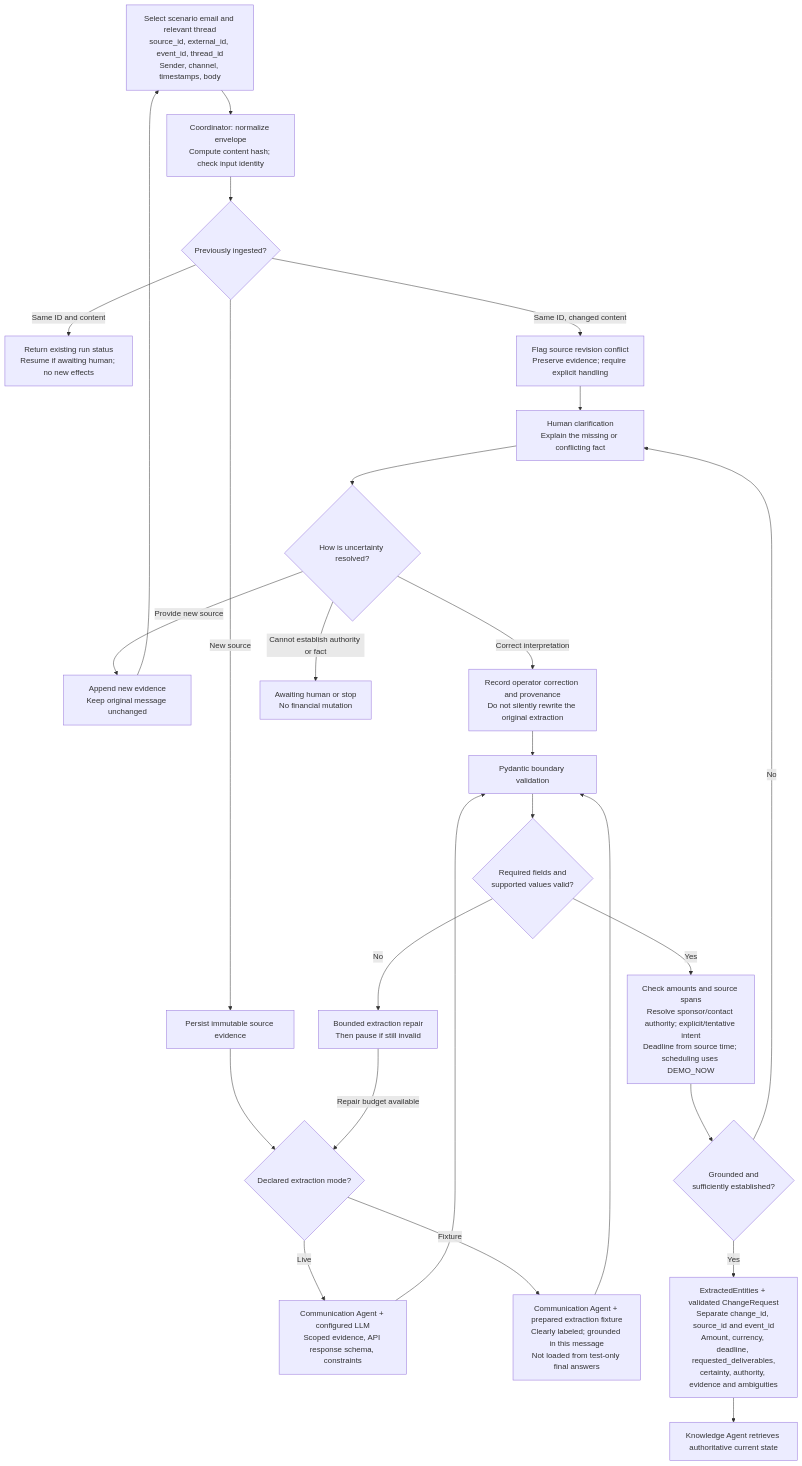
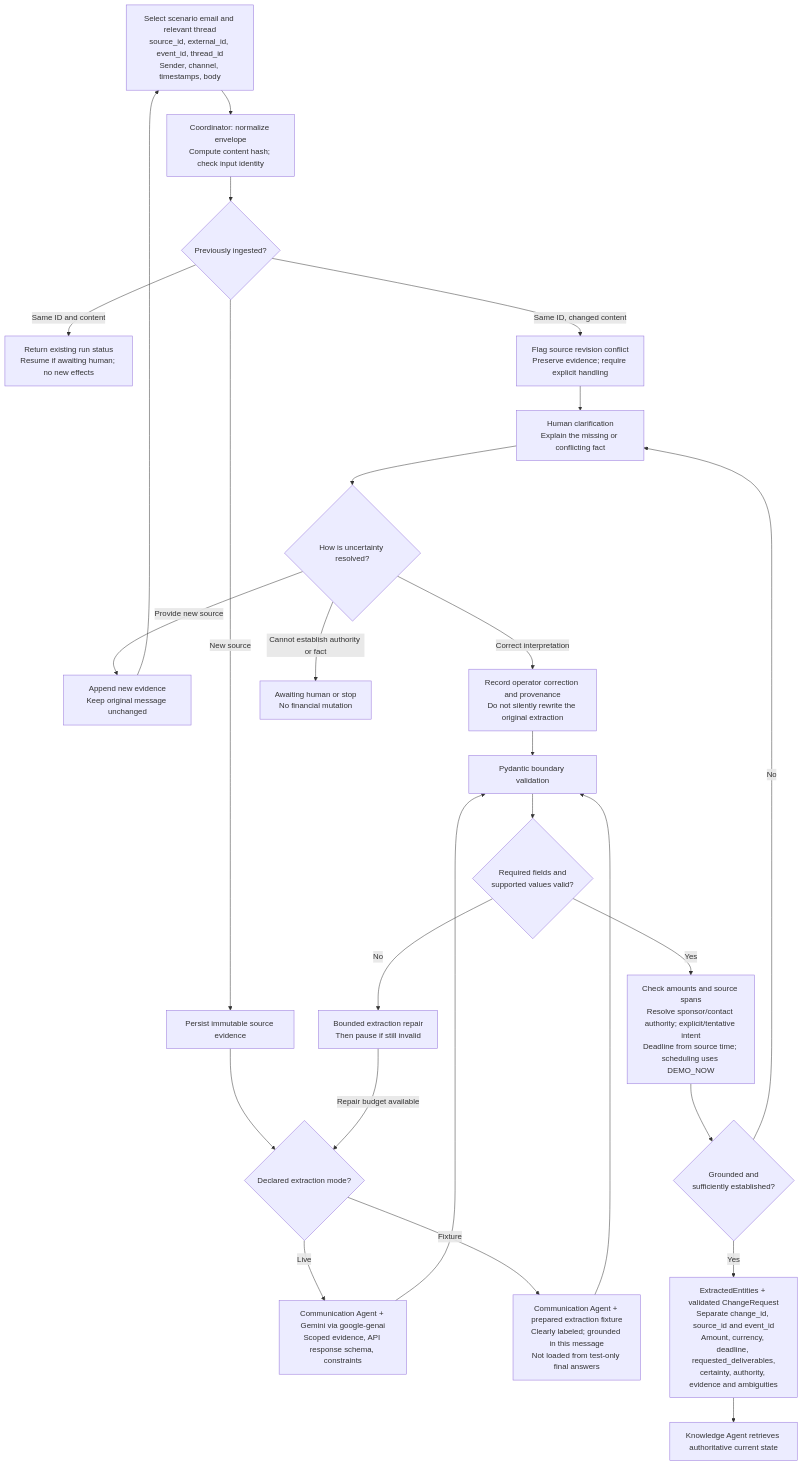
One commit to Adarsh-Saurabh/HackInnovision26-MetaVision changed the third of 10 diagrams in temp/PROJECT_B_SYSTEM_FLOWCHART.md. Above: the diagram before and after it, drawn with Mermaid. The commit also changed other lines of this file and 2 other files, not shown here.

First line of the commit message:
Align system flowchart with blueprint and add simple architecture guide

````diff
--- a/temp/PROJECT_B_SYSTEM_FLOWCHART.md
+++ b/temp/PROJECT_B_SYSTEM_FLOWCHART.md
@@ -167,28 +171,28 @@
 ```mermaid
 flowchart TD
     MAIL["Select scenario email and relevant thread<br/>source_id, external_id, event_id, thread_id<br/>Sender, channel, timestamps, body"] --> HASH["Coordinator: normalize envelope<br/>Compute content hash; check input identity"]
     HASH --> DUP{"Previously ingested?"}
     DUP -->|Same ID and content| PRIOR["Return existing run status<br/>Resume if awaiting human; no new effects"]
     DUP -->|Same ID, changed content| REV["Flag source revision conflict<br/>Preserve evidence; require explicit handling"]
     DUP -->|New source| KEEP["Persist immutable source evidence"]
     KEEP --> MODE{"Declared extraction mode?"}
-    MODE -->|Live| LLM["Communication Agent + configured LLM<br/>Scoped evidence, API response schema, constraints"]
+    MODE -->|Live| LLM["Communication Agent + Gemini via google-genai<br/>Scoped evidence, API response schema, constraints"]
     MODE -->|Fixture| FIX["Communication Agent + prepared extraction fixture<br/>Clearly labeled; grounded in this message<br/>Not loaded from test-only final answers"]
     LLM --> SCHEMA["Pydantic boundary validation"]
     FIX --> SCHEMA
     SCHEMA --> VALID{"Required fields and<br/>supported values valid?"}
     VALID -->|No| REPAIR["Bounded extraction repair<br/>Then pause if still invalid"]
     REPAIR -->|Repair budget available| MODE
     VALID -->|Yes| GROUND["Check amounts and source spans<br/>Resolve sponsor/contact authority; explicit/tentative intent<br/>Deadline from source time; scheduling uses DEMO_NOW"]
     GROUND --> CLEAR{"Grounded and<br/>sufficiently established?"}
     CLEAR -->|Yes| CR["ExtractedEntities + validated ChangeRequest<br/>Separate change_id, source_id and event_id<br/>Amount, currency, deadline, requested_deliverables,<br/>certainty, authority, evidence and ambiguities"]
     CLEAR -->|No| HUMAN["Human clarification<br/>Explain the missing or conflicting fact"]
     REV --> HUMAN
     HUMAN --> DECIDE{"How is uncertainty resolved?"}
     DECIDE -->|Provide new source| SOURCE["Append new evidence<br/>Keep original message unchanged"]
     SOURCE --> MAIL
     DECIDE -->|Correct interpretation| CORR["Record operator correction and provenance<br/>Do not silently rewrite the original extraction"]
     CORR --> SCHEMA
     DECIDE -->|Cannot establish authority or fact| PAUSE["Awaiting human or stop<br/>No financial mutation"]
     CR --> NEXT["Knowledge Agent retrieves authoritative current state"]
 ```
````
